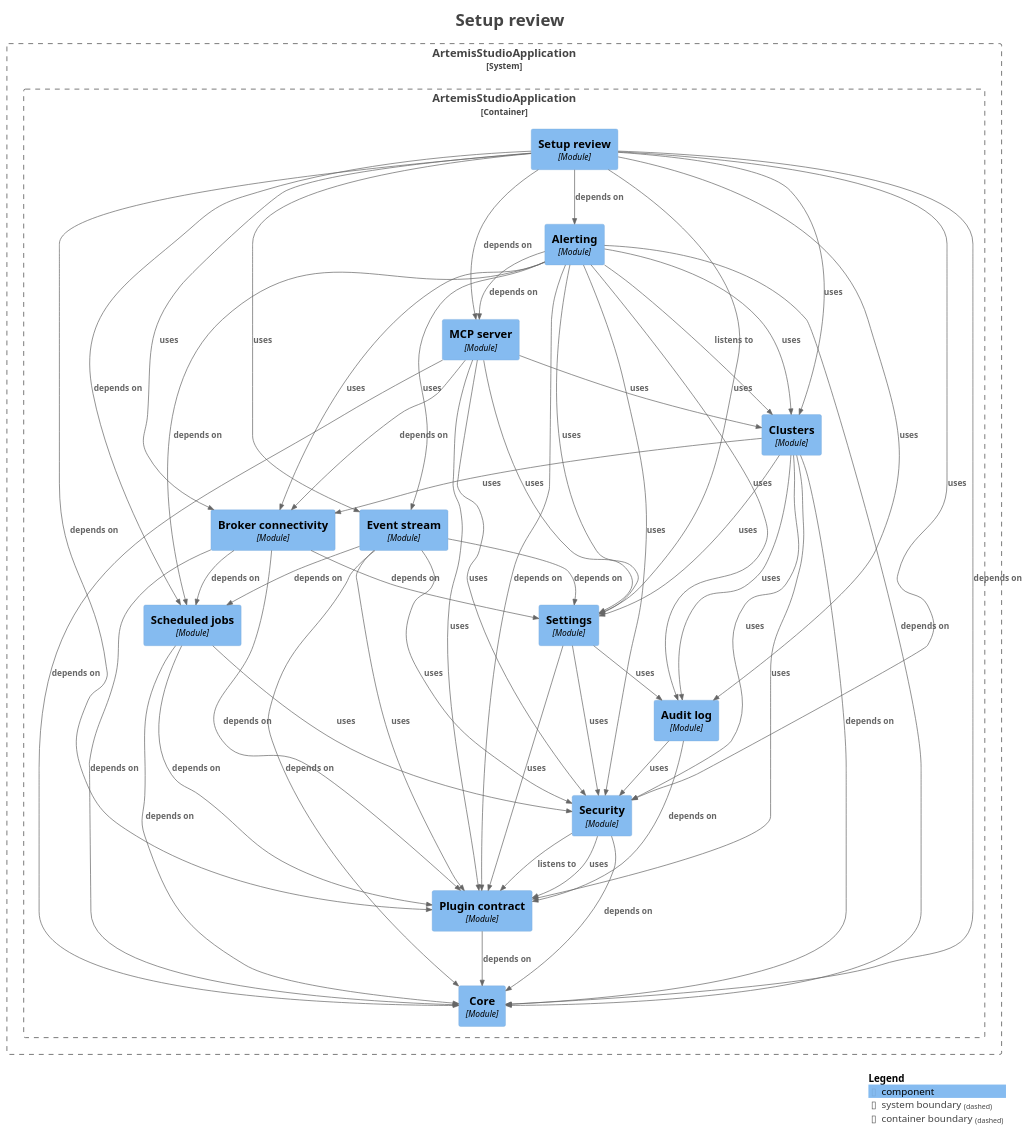
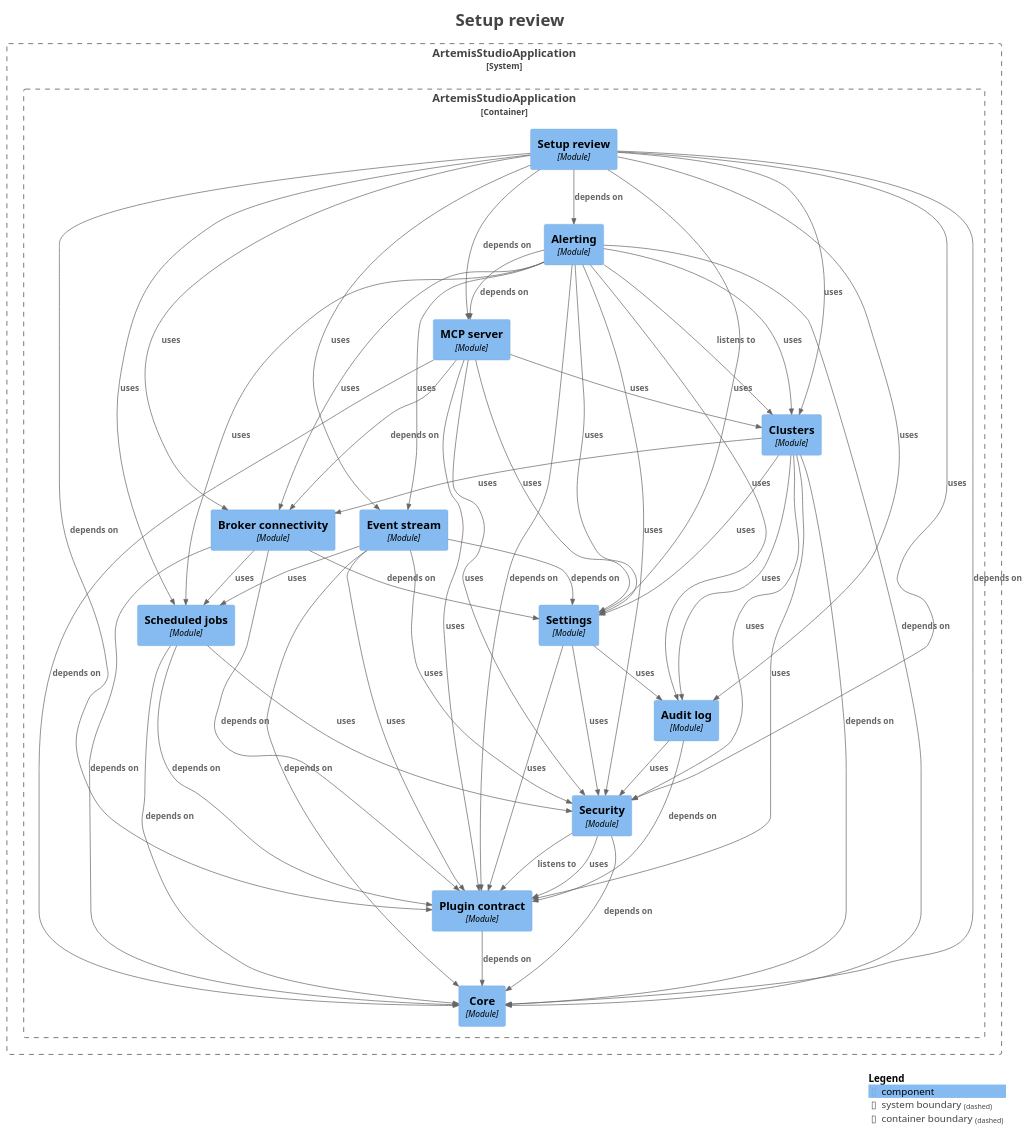
One commit to sudoitir/artemis-studio changed the diagram in docs/modules/module-feature.setupreview.puml. Above: the diagram before and after it, drawn with PlantUML. The commit also changed 59 other files, not shown here.

```diff
--- a/docs/modules/module-feature.setupreview.puml
+++ b/docs/modules/module-feature.setupreview.puml
@@ -1,94 +1,94 @@
 @startuml
 title <size:24>Setup review</size>
 
 set separator none
 top to bottom direction
 
 <style>
   root {
     BackgroundColor: #ffffff
     FontColor: #444444
   }
 </style>
 
 !include <C4/C4>
 !include <C4/C4_Context>
 !include <C4/C4_Component>
 
 System_Boundary("ArtemisStudioApplication_boundary", "ArtemisStudioApplication", $tags="") {
   Container_Boundary("ArtemisStudioApplication.ArtemisStudioApplication_boundary", "ArtemisStudioApplication", $tags="") {
     Component(ArtemisStudioApplication.ArtemisStudioApplication.Settings, "Settings", $techn="Module", $descr="", $tags="", $link="")
     Component(ArtemisStudioApplication.ArtemisStudioApplication.Eventstream, "Event stream", $techn="Module", $descr="", $tags="", $link="")
     Component(ArtemisStudioApplication.ArtemisStudioApplication.Brokerconnectivity, "Broker connectivity", $techn="Module", $descr="", $tags="", $link="")
     Component(ArtemisStudioApplication.ArtemisStudioApplication.Clusters, "Clusters", $techn="Module", $descr="", $tags="", $link="")
     Component(ArtemisStudioApplication.ArtemisStudioApplication.MCPserver, "MCP server", $techn="Module", $descr="", $tags="", $link="")
     Component(ArtemisStudioApplication.ArtemisStudioApplication.Alerting, "Alerting", $techn="Module", $descr="", $tags="", $link="")
     Component(ArtemisStudioApplication.ArtemisStudioApplication.Setupreview, "Setup review", $techn="Module", $descr="", $tags="", $link="")
     Component(ArtemisStudioApplication.ArtemisStudioApplication.Core, "Core", $techn="Module", $descr="", $tags="", $link="")
     Component(ArtemisStudioApplication.ArtemisStudioApplication.Plugincontract, "Plugin contract", $techn="Module", $descr="", $tags="", $link="")
     Component(ArtemisStudioApplication.ArtemisStudioApplication.Security, "Security", $techn="Module", $descr="", $tags="", $link="")
     Component(ArtemisStudioApplication.ArtemisStudioApplication.Auditlog, "Audit log", $techn="Module", $descr="", $tags="", $link="")
     Component(ArtemisStudioApplication.ArtemisStudioApplication.Scheduledjobs, "Scheduled jobs", $techn="Module", $descr="", $tags="", $link="")
   }
 
 }
 
 Rel(ArtemisStudioApplication.ArtemisStudioApplication.Alerting, ArtemisStudioApplication.ArtemisStudioApplication.Auditlog, "uses", $techn="", $tags="", $link="")
 Rel(ArtemisStudioApplication.ArtemisStudioApplication.Alerting, ArtemisStudioApplication.ArtemisStudioApplication.Brokerconnectivity, "uses", $techn="", $tags="", $link="")
 Rel(ArtemisStudioApplication.ArtemisStudioApplication.Alerting, ArtemisStudioApplication.ArtemisStudioApplication.Clusters, "listens to", $techn="", $tags="", $link="")
 Rel(ArtemisStudioApplication.ArtemisStudioApplication.Alerting, ArtemisStudioApplication.ArtemisStudioApplication.Clusters, "uses", $techn="", $tags="", $link="")
 Rel(ArtemisStudioApplication.ArtemisStudioApplication.Alerting, ArtemisStudioApplication.ArtemisStudioApplication.Core, "depends on", $techn="", $tags="", $link="")
 Rel(ArtemisStudioApplication.ArtemisStudioApplication.Alerting, ArtemisStudioApplication.ArtemisStudioApplication.Eventstream, "uses", $techn="", $tags="", $link="")
 Rel(ArtemisStudioApplication.ArtemisStudioApplication.Alerting, ArtemisStudioApplication.ArtemisStudioApplication.MCPserver, "depends on", $techn="", $tags="", $link="")
 Rel(ArtemisStudioApplication.ArtemisStudioApplication.Alerting, ArtemisStudioApplication.ArtemisStudioApplication.Plugincontract, "depends on", $techn="", $tags="", $link="")
-Rel(ArtemisStudioApplication.ArtemisStudioApplication.Alerting, ArtemisStudioApplication.ArtemisStudioApplication.Scheduledjobs, "depends on", $techn="", $tags="", $link="")
+Rel(ArtemisStudioApplication.ArtemisStudioApplication.Alerting, ArtemisStudioApplication.ArtemisStudioApplication.Scheduledjobs, "uses", $techn="", $tags="", $link="")
 Rel(ArtemisStudioApplication.ArtemisStudioApplication.Alerting, ArtemisStudioApplication.ArtemisStudioApplication.Security, "uses", $techn="", $tags="", $link="")
 Rel(ArtemisStudioApplication.ArtemisStudioApplication.Alerting, ArtemisStudioApplication.ArtemisStudioApplication.Settings, "uses", $techn="", $tags="", $link="")
 Rel(ArtemisStudioApplication.ArtemisStudioApplication.Auditlog, ArtemisStudioApplication.ArtemisStudioApplication.Plugincontract, "depends on", $techn="", $tags="", $link="")
 Rel(ArtemisStudioApplication.ArtemisStudioApplication.Auditlog, ArtemisStudioApplication.ArtemisStudioApplication.Security, "uses", $techn="", $tags="", $link="")
 Rel(ArtemisStudioApplication.ArtemisStudioApplication.Brokerconnectivity, ArtemisStudioApplication.ArtemisStudioApplication.Core, "depends on", $techn="", $tags="", $link="")
 Rel(ArtemisStudioApplication.ArtemisStudioApplication.Brokerconnectivity, ArtemisStudioApplication.ArtemisStudioApplication.Plugincontract, "depends on", $techn="", $tags="", $link="")
-Rel(ArtemisStudioApplication.ArtemisStudioApplication.Brokerconnectivity, ArtemisStudioApplication.ArtemisStudioApplication.Scheduledjobs, "depends on", $techn="", $tags="", $link="")
+Rel(ArtemisStudioApplication.ArtemisStudioApplication.Brokerconnectivity, ArtemisStudioApplication.ArtemisStudioApplication.Scheduledjobs, "uses", $techn="", $tags="", $link="")
 Rel(ArtemisStudioApplication.ArtemisStudioApplication.Brokerconnectivity, ArtemisStudioApplication.ArtemisStudioApplication.Settings, "depends on", $techn="", $tags="", $link="")
 Rel(ArtemisStudioApplication.ArtemisStudioApplication.Clusters, ArtemisStudioApplication.ArtemisStudioApplication.Auditlog, "uses", $techn="", $tags="", $link="")
 Rel(ArtemisStudioApplication.ArtemisStudioApplication.Clusters, ArtemisStudioApplication.ArtemisStudioApplication.Brokerconnectivity, "uses", $techn="", $tags="", $link="")
 Rel(ArtemisStudioApplication.ArtemisStudioApplication.Clusters, ArtemisStudioApplication.ArtemisStudioApplication.Core, "depends on", $techn="", $tags="", $link="")
 Rel(ArtemisStudioApplication.ArtemisStudioApplication.Clusters, ArtemisStudioApplication.ArtemisStudioApplication.Plugincontract, "uses", $techn="", $tags="", $link="")
 Rel(ArtemisStudioApplication.ArtemisStudioApplication.Clusters, ArtemisStudioApplication.ArtemisStudioApplication.Security, "uses", $techn="", $tags="", $link="")
 Rel(ArtemisStudioApplication.ArtemisStudioApplication.Clusters, ArtemisStudioApplication.ArtemisStudioApplication.Settings, "uses", $techn="", $tags="", $link="")
 Rel(ArtemisStudioApplication.ArtemisStudioApplication.Eventstream, ArtemisStudioApplication.ArtemisStudioApplication.Core, "depends on", $techn="", $tags="", $link="")
 Rel(ArtemisStudioApplication.ArtemisStudioApplication.Eventstream, ArtemisStudioApplication.ArtemisStudioApplication.Plugincontract, "uses", $techn="", $tags="", $link="")
-Rel(ArtemisStudioApplication.ArtemisStudioApplication.Eventstream, ArtemisStudioApplication.ArtemisStudioApplication.Scheduledjobs, "depends on", $techn="", $tags="", $link="")
+Rel(ArtemisStudioApplication.ArtemisStudioApplication.Eventstream, ArtemisStudioApplication.ArtemisStudioApplication.Scheduledjobs, "uses", $techn="", $tags="", $link="")
 Rel(ArtemisStudioApplication.ArtemisStudioApplication.Eventstream, ArtemisStudioApplication.ArtemisStudioApplication.Security, "uses", $techn="", $tags="", $link="")
 Rel(ArtemisStudioApplication.ArtemisStudioApplication.Eventstream, ArtemisStudioApplication.ArtemisStudioApplication.Settings, "depends on", $techn="", $tags="", $link="")
 Rel(ArtemisStudioApplication.ArtemisStudioApplication.MCPserver, ArtemisStudioApplication.ArtemisStudioApplication.Brokerconnectivity, "depends on", $techn="", $tags="", $link="")
 Rel(ArtemisStudioApplication.ArtemisStudioApplication.MCPserver, ArtemisStudioApplication.ArtemisStudioApplication.Clusters, "uses", $techn="", $tags="", $link="")
 Rel(ArtemisStudioApplication.ArtemisStudioApplication.MCPserver, ArtemisStudioApplication.ArtemisStudioApplication.Core, "depends on", $techn="", $tags="", $link="")
 Rel(ArtemisStudioApplication.ArtemisStudioApplication.MCPserver, ArtemisStudioApplication.ArtemisStudioApplication.Plugincontract, "uses", $techn="", $tags="", $link="")
 Rel(ArtemisStudioApplication.ArtemisStudioApplication.MCPserver, ArtemisStudioApplication.ArtemisStudioApplication.Security, "uses", $techn="", $tags="", $link="")
 Rel(ArtemisStudioApplication.ArtemisStudioApplication.MCPserver, ArtemisStudioApplication.ArtemisStudioApplication.Settings, "uses", $techn="", $tags="", $link="")
 Rel(ArtemisStudioApplication.ArtemisStudioApplication.Plugincontract, ArtemisStudioApplication.ArtemisStudioApplication.Core, "depends on", $techn="", $tags="", $link="")
 Rel(ArtemisStudioApplication.ArtemisStudioApplication.Scheduledjobs, ArtemisStudioApplication.ArtemisStudioApplication.Core, "depends on", $techn="", $tags="", $link="")
 Rel(ArtemisStudioApplication.ArtemisStudioApplication.Scheduledjobs, ArtemisStudioApplication.ArtemisStudioApplication.Plugincontract, "depends on", $techn="", $tags="", $link="")
 Rel(ArtemisStudioApplication.ArtemisStudioApplication.Scheduledjobs, ArtemisStudioApplication.ArtemisStudioApplication.Security, "uses", $techn="", $tags="", $link="")
 Rel(ArtemisStudioApplication.ArtemisStudioApplication.Security, ArtemisStudioApplication.ArtemisStudioApplication.Core, "depends on", $techn="", $tags="", $link="")
 Rel(ArtemisStudioApplication.ArtemisStudioApplication.Security, ArtemisStudioApplication.ArtemisStudioApplication.Plugincontract, "listens to", $techn="", $tags="", $link="")
 Rel(ArtemisStudioApplication.ArtemisStudioApplication.Security, ArtemisStudioApplication.ArtemisStudioApplication.Plugincontract, "uses", $techn="", $tags="", $link="")
 Rel(ArtemisStudioApplication.ArtemisStudioApplication.Settings, ArtemisStudioApplication.ArtemisStudioApplication.Auditlog, "uses", $techn="", $tags="", $link="")
 Rel(ArtemisStudioApplication.ArtemisStudioApplication.Settings, ArtemisStudioApplication.ArtemisStudioApplication.Plugincontract, "uses", $techn="", $tags="", $link="")
 Rel(ArtemisStudioApplication.ArtemisStudioApplication.Settings, ArtemisStudioApplication.ArtemisStudioApplication.Security, "uses", $techn="", $tags="", $link="")
 Rel(ArtemisStudioApplication.ArtemisStudioApplication.Setupreview, ArtemisStudioApplication.ArtemisStudioApplication.Alerting, "depends on", $techn="", $tags="", $link="")
 Rel(ArtemisStudioApplication.ArtemisStudioApplication.Setupreview, ArtemisStudioApplication.ArtemisStudioApplication.Auditlog, "uses", $techn="", $tags="", $link="")
 Rel(ArtemisStudioApplication.ArtemisStudioApplication.Setupreview, ArtemisStudioApplication.ArtemisStudioApplication.Brokerconnectivity, "uses", $techn="", $tags="", $link="")
 Rel(ArtemisStudioApplication.ArtemisStudioApplication.Setupreview, ArtemisStudioApplication.ArtemisStudioApplication.Clusters, "uses", $techn="", $tags="", $link="")
 Rel(ArtemisStudioApplication.ArtemisStudioApplication.Setupreview, ArtemisStudioApplication.ArtemisStudioApplication.Core, "depends on", $techn="", $tags="", $link="")
 Rel(ArtemisStudioApplication.ArtemisStudioApplication.Setupreview, ArtemisStudioApplication.ArtemisStudioApplication.Eventstream, "uses", $techn="", $tags="", $link="")
 Rel(ArtemisStudioApplication.ArtemisStudioApplication.Setupreview, ArtemisStudioApplication.ArtemisStudioApplication.MCPserver, "depends on", $techn="", $tags="", $link="")
 Rel(ArtemisStudioApplication.ArtemisStudioApplication.Setupreview, ArtemisStudioApplication.ArtemisStudioApplication.Plugincontract, "depends on", $techn="", $tags="", $link="")
-Rel(ArtemisStudioApplication.ArtemisStudioApplication.Setupreview, ArtemisStudioApplication.ArtemisStudioApplication.Scheduledjobs, "depends on", $techn="", $tags="", $link="")
+Rel(ArtemisStudioApplication.ArtemisStudioApplication.Setupreview, ArtemisStudioApplication.ArtemisStudioApplication.Scheduledjobs, "uses", $techn="", $tags="", $link="")
 Rel(ArtemisStudioApplication.ArtemisStudioApplication.Setupreview, ArtemisStudioApplication.ArtemisStudioApplication.Security, "uses", $techn="", $tags="", $link="")
 Rel(ArtemisStudioApplication.ArtemisStudioApplication.Setupreview, ArtemisStudioApplication.ArtemisStudioApplication.Settings, "uses", $techn="", $tags="", $link="")
 
 SHOW_LEGEND(true)
 hide stereotypes
 @enduml
```
